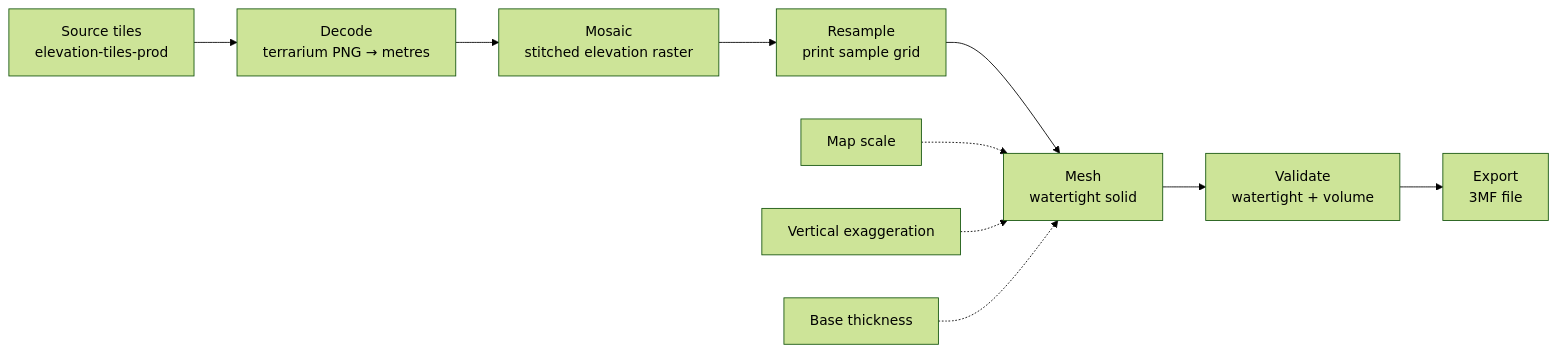
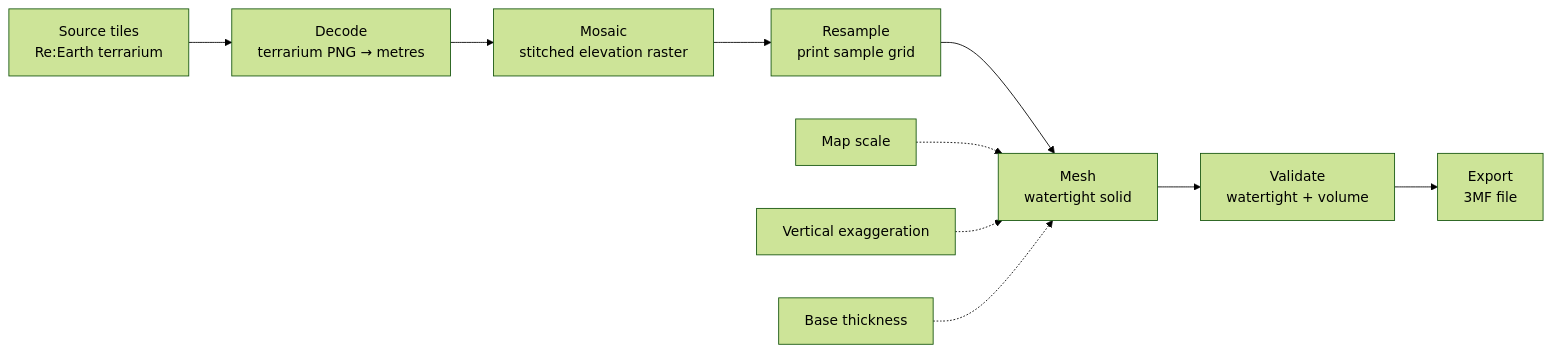
Before and after one commit to danstiner/terranejs: the diagram in docs/specs/data-pipeline.md, drawn with Mermaid (forest theme). The commit also changed other lines of this file and 14 other files, not shown here.

First line of the commit message:
feat(water): migrate to Re:Earth Terrain source with independent watermask

````diff
--- a/docs/specs/data-pipeline.md
+++ b/docs/specs/data-pipeline.md
@@ -8,13 +8,13 @@
 ```mermaid
 flowchart LR
-    A[Source tiles<br/>elevation-tiles-prod] --> B[Decode<br/>terrarium PNG → metres]
+    A[Source tiles<br/>Re:Earth terrarium] --> B[Decode<br/>terrarium PNG → metres]
     B --> C[Mosaic<br/>stitched elevation raster]
     C --> D[Resample<br/>print sample grid]
     D --> E[Mesh<br/>watertight solid]
     E --> F[Validate<br/>watertight + volume]
     F --> G[Export<br/>3MF file]
 
     S1[Map scale] -.-> E
     S2[Vertical exaggeration] -.-> E
     S3[Base thickness] -.-> E
 ```
````
